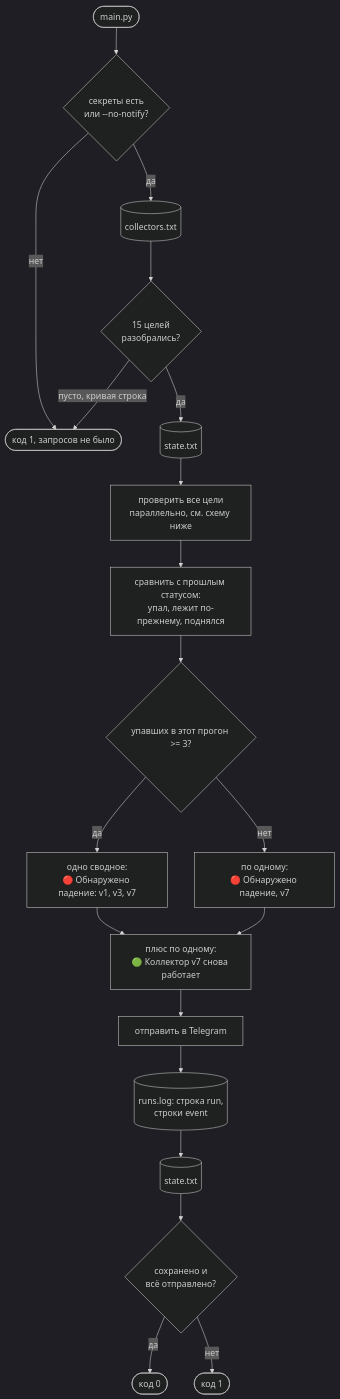
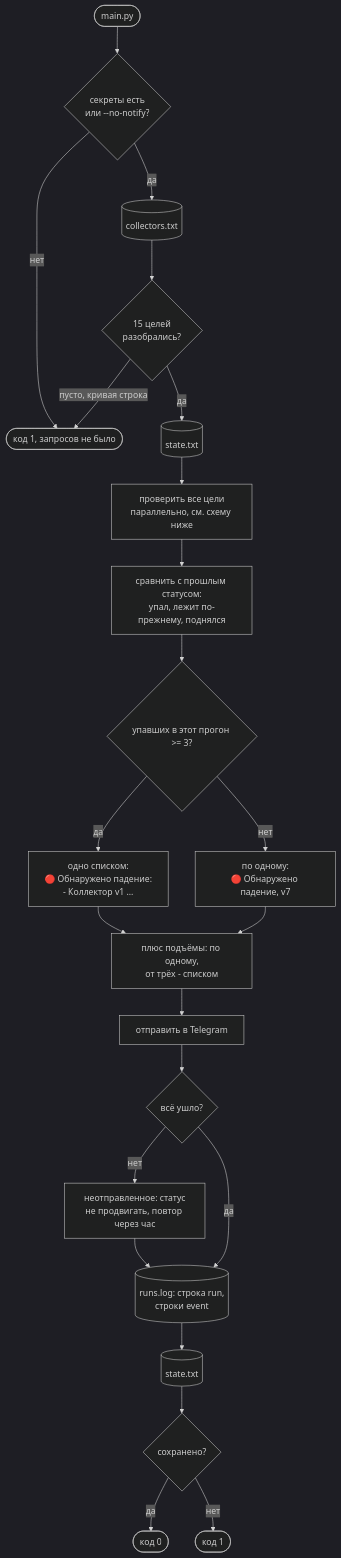
Before and after one commit to not-hehe/digital_tools: the second of 3 diagrams in automation/collector_checker/README.md, drawn with Mermaid (dark theme). The commit also changed other lines of this file and 8 other files, not shown here.

First line of the commit message:
collector_checker: сводные сообщения списком, повтор неотправленного, сбой только скрипта

````diff
--- a/automation/collector_checker/README.md
+++ b/automation/collector_checker/README.md
@@ -73,20 +77,23 @@
 ```mermaid
 flowchart TD
     START([main.py]) --> SEC{секреты есть<br/>или --no-notify?}
     SEC -->|нет| EXIT1([код 1, запросов не было])
     SEC -->|да| LIST[(collectors.txt)] --> PARSE{15 целей<br/>разобрались?}
     PARSE -->|пусто, кривая строка| EXIT1
     PARSE -->|да| STATE[(state.txt)] --> PROBE[проверить все цели<br/>параллельно, см. схему ниже]
     PROBE --> EVENTS[сравнить с прошлым статусом:<br/>упал, лежит по-прежнему, поднялся]
     EVENTS --> MSG{упавших в этот прогон >= 3?}
-    MSG -->|да| COMB["одно сводное:<br/>🔴 Обнаружено падение: v1, v3, v7"]
+    MSG -->|да| COMB["одно списком:<br/>🔴 Обнаружено падение:<br/>- Коллектор v1 ..."]
     MSG -->|нет| SINGLE["по одному:<br/>🔴 Обнаружено падение, v7"]
-    COMB --> UPMSG["плюс по одному:<br/>🟢 Коллектор v7 снова работает"]
+    COMB --> UPMSG["плюс подъёмы: по одному,<br/>от трёх - списком"]
     SINGLE --> UPMSG
     UPMSG --> TG[отправить в Telegram]
-    TG --> RUNLOG[(runs.log: строка run,<br/>строки event)]
+    TG --> UNSENT{всё ушло?}
+    UNSENT -->|нет| REVERT[неотправленное: статус<br/>не продвигать, повтор через час]
+    REVERT --> RUNLOG
+    UNSENT -->|да| RUNLOG[(runs.log: строка run,<br/>строки event)]
     RUNLOG --> SAVE[(state.txt)]
-    SAVE --> DONE{сохранено и<br/>всё отправлено?}
+    SAVE --> DONE{сохранено?}
     DONE -->|да| EXIT0([код 0])
     DONE -->|нет| EXIT1B([код 1])
 ```
````
